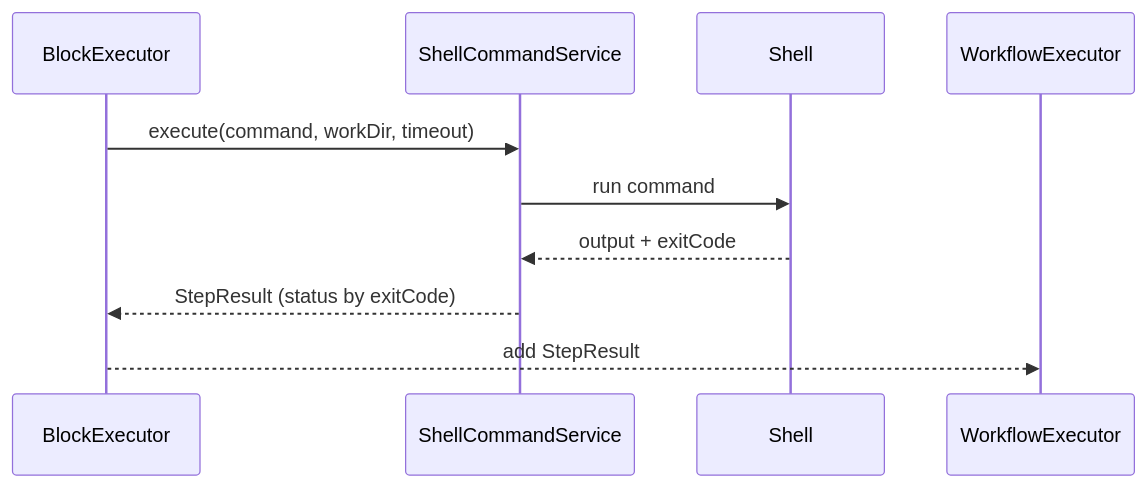
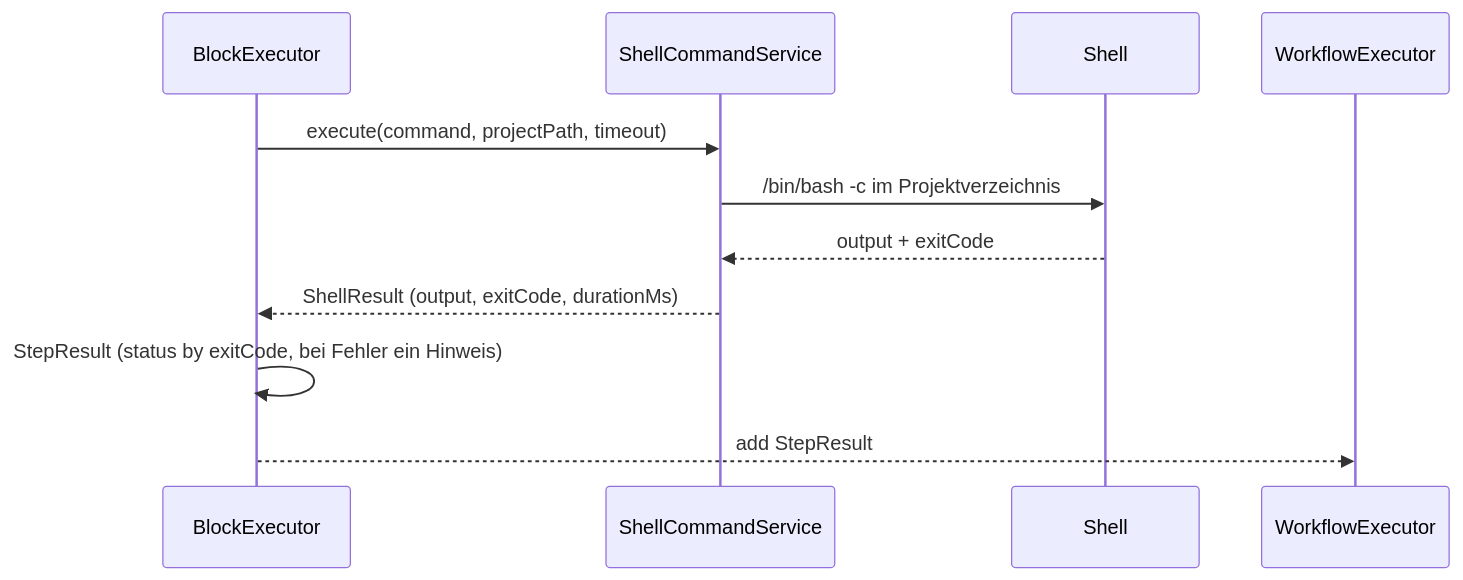
One commit to FLSEST/MySuricates changed the third of 5 diagrams in docs/workflow-engine-diagrams.md. Above: the diagram before and after it, drawn with Mermaid. The commit also changed other lines of this file and 4 other files, not shown here.

First line of the commit message:
docs(diagramme): Engine page shows provider routing, host execution and the current block matrix

````diff
--- a/docs/workflow-engine-diagrams.md
+++ b/docs/workflow-engine-diagrams.md
@@ -79,13 +82,14 @@
 ```mermaid
 sequenceDiagram
     participant BE as BlockExecutor
     participant SCS as ShellCommandService
     participant SH as Shell
     participant WE as WorkflowExecutor
 
-    BE->>SCS: execute(command, workDir, timeout)
-    SCS->>SH: run command
+    BE->>SCS: execute(command, projectPath, timeout)
+    SCS->>SH: /bin/bash -c im Projektverzeichnis
     SH-->>SCS: output + exitCode
-    SCS-->>BE: StepResult (status by exitCode)
+    SCS-->>BE: ShellResult (output, exitCode, durationMs)
+    BE->>BE: StepResult (status by exitCode, bei Fehler ein Hinweis)
     BE-->>WE: add StepResult
 ```
````
